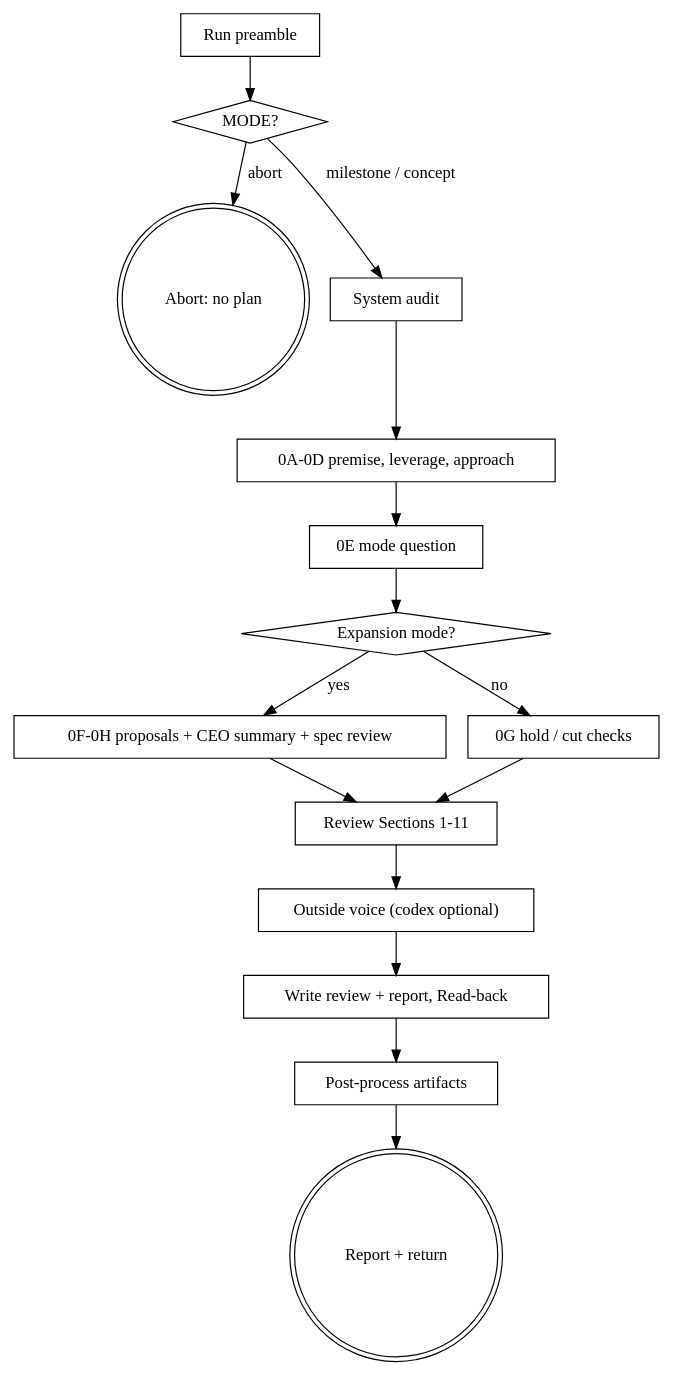
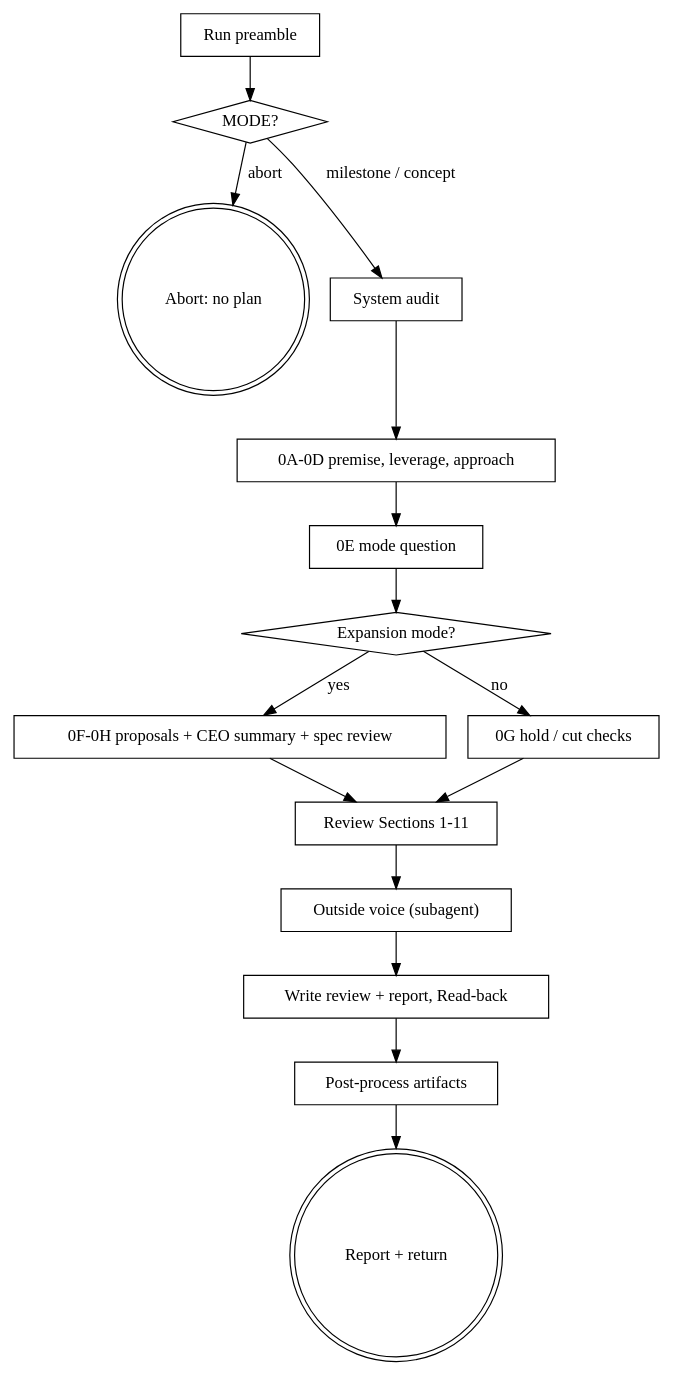
One commit to Yesterday-AI/ytstack changed the diagram in skills/plan-ceo-review/SKILL.md. Above: the diagram before and after it, drawn with Graphviz. The commit also changed other lines of this file and 13 other files, not shown here.

Commit message:
M028-S03: sync the adapted skills to gstack v1.99.3.0; outside voice runs as a subagent (host-neutral skills)

````diff
--- a/skills/plan-ceo-review/SKILL.md
+++ b/skills/plan-ceo-review/SKILL.md
@@ -66,33 +66,33 @@
 ```dot
 digraph plan_ceo_review {
     "Run preamble" [shape=box];
     "MODE?" [shape=diamond];
     "Abort: no plan" [shape=doublecircle];
     "System audit" [shape=box];
     "0A-0D premise, leverage, approach" [shape=box];
     "0E mode question" [shape=box];
     "Expansion mode?" [shape=diamond];
     "0F-0H proposals + CEO summary + spec review" [shape=box];
     "0G hold / cut checks" [shape=box];
     "Review Sections 1-11" [shape=box];
-    "Outside voice (codex optional)" [shape=box];
+    "Outside voice (subagent)" [shape=box];
     "Write review + report, Read-back" [shape=box];
     "Post-process artifacts" [shape=box];
     "Report + return" [shape=doublecircle];
 
     "Run preamble" -> "MODE?";
     "MODE?" -> "Abort: no plan" [label="abort"];
     "MODE?" -> "System audit" [label="milestone / concept"];
     "System audit" -> "0A-0D premise, leverage, approach";
     "0A-0D premise, leverage, approach" -> "0E mode question";
     "0E mode question" -> "Expansion mode?";
     "Expansion mode?" -> "0F-0H proposals + CEO summary + spec review" [label="yes"];
     "Expansion mode?" -> "0G hold / cut checks" [label="no"];
     "0F-0H proposals + CEO summary + spec review" -> "Review Sections 1-11";
     "0G hold / cut checks" -> "Review Sections 1-11";
-    "Review Sections 1-11" -> "Outside voice (codex optional)";
-    "Outside voice (codex optional)" -> "Write review + report, Read-back";
+    "Review Sections 1-11" -> "Outside voice (subagent)";
+    "Outside voice (subagent)" -> "Write review + report, Read-back";
     "Write review + report, Read-back" -> "Post-process artifacts";
     "Post-process artifacts" -> "Report + return";
 }
 ```
````
